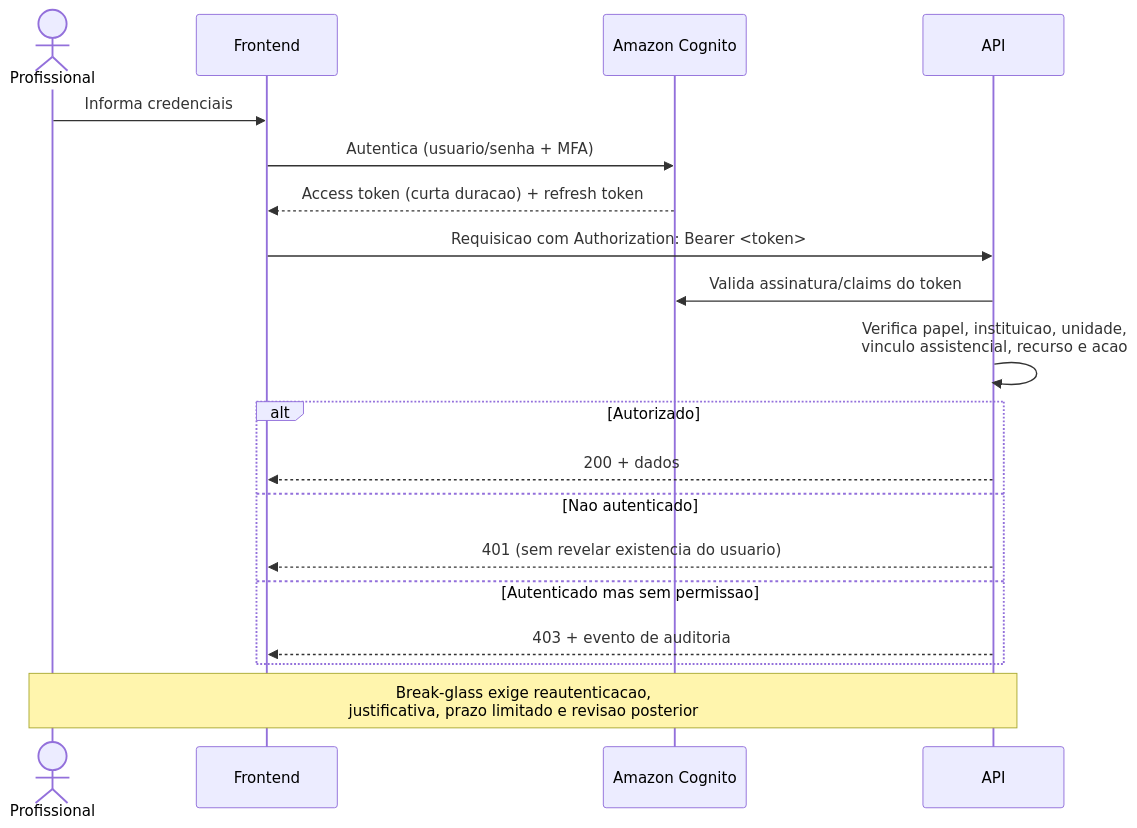
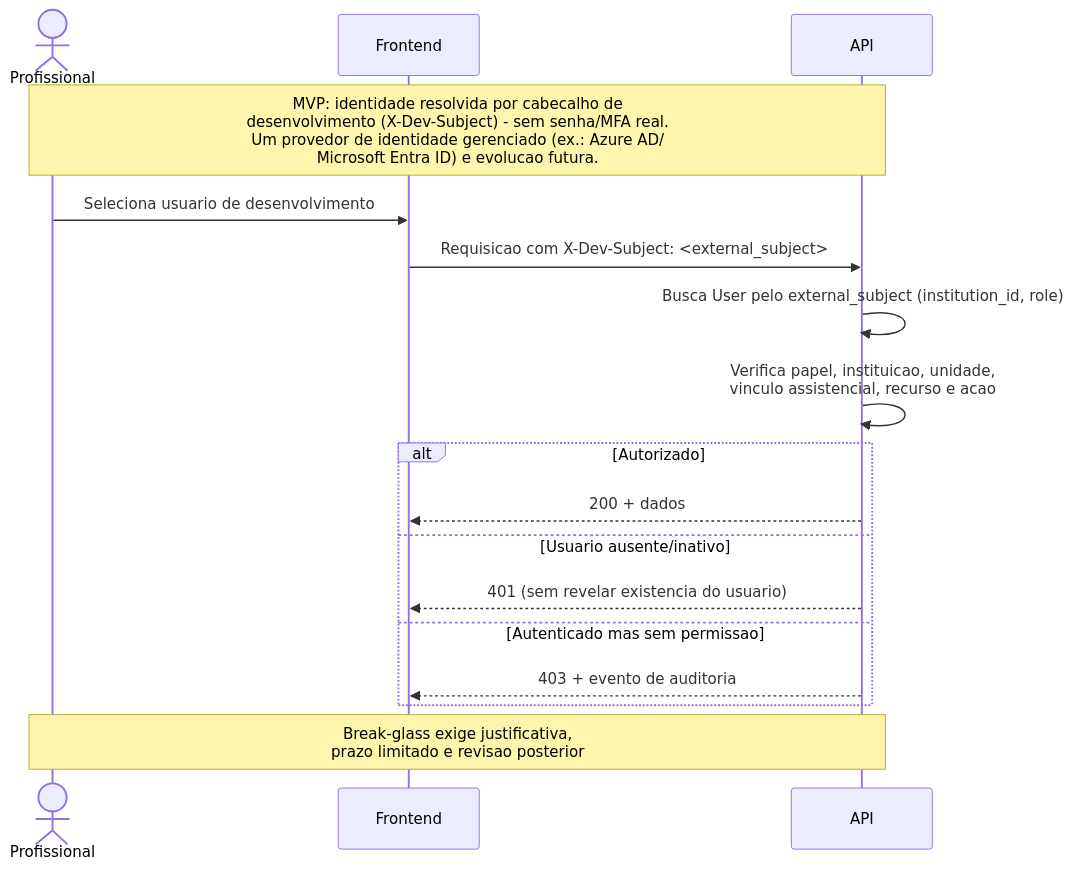
One commit to marcosvrc/sentinela-multimodal changed the diagram in docs/architecture/06-fluxo-autenticacao.mmd. Above: the diagram before and after it, drawn with Mermaid. The commit also changed 155 other files, not shown here.

```diff
--- a/docs/architecture/06-fluxo-autenticacao.mmd
+++ b/docs/architecture/06-fluxo-autenticacao.mmd
@@ -1,22 +1,21 @@
-%% Fluxo de autenticacao e autorizacao
+%% Fluxo de autenticacao e autorizacao (MVP: adaptador local de identidade)
 sequenceDiagram
     actor Prof as Profissional
     participant FE as Frontend
-    participant Cognito as Amazon Cognito
     participant API as API
 
-    Prof->>FE: Informa credenciais
-    FE->>Cognito: Autentica (usuario/senha + MFA)
-    Cognito-->>FE: Access token (curta duracao) + refresh token
-    FE->>API: Requisicao com Authorization: Bearer <token>
-    API->>Cognito: Valida assinatura/claims do token
+    Note over Prof,API: MVP: identidade resolvida por cabecalho de<br/>desenvolvimento (X-Dev-Subject) - sem senha/MFA real.<br/>Um provedor de identidade gerenciado (ex.: Azure AD/<br/>Microsoft Entra ID) e evolucao futura.
+
+    Prof->>FE: Seleciona usuario de desenvolvimento
+    FE->>API: Requisicao com X-Dev-Subject: <external_subject>
+    API->>API: Busca User pelo external_subject (institution_id, role)
     API->>API: Verifica papel, instituicao, unidade,<br/>vinculo assistencial, recurso e acao
     alt Autorizado
         API-->>FE: 200 + dados
-    else Nao autenticado
+    else Usuario ausente/inativo
         API-->>FE: 401 (sem revelar existencia do usuario)
     else Autenticado mas sem permissao
         API-->>FE: 403 + evento de auditoria
     end
 
-    Note over Prof,API: Break-glass exige reautenticacao,<br/>justificativa, prazo limitado e revisao posterior
+    Note over Prof,API: Break-glass exige justificativa,<br/>prazo limitado e revisao posterior
```
